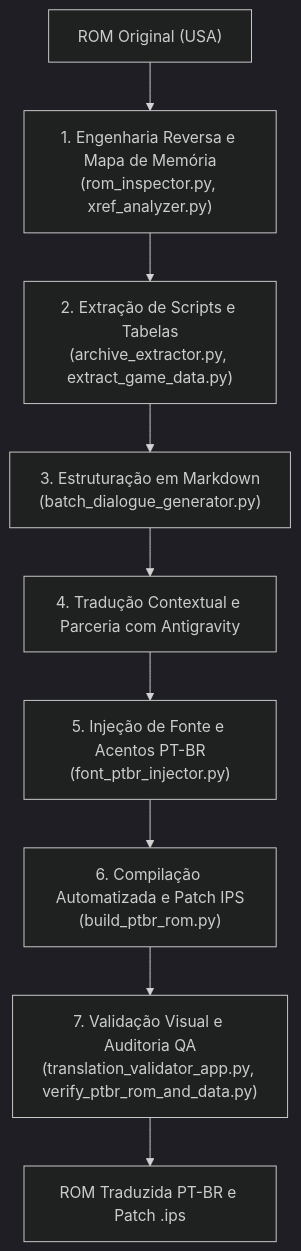
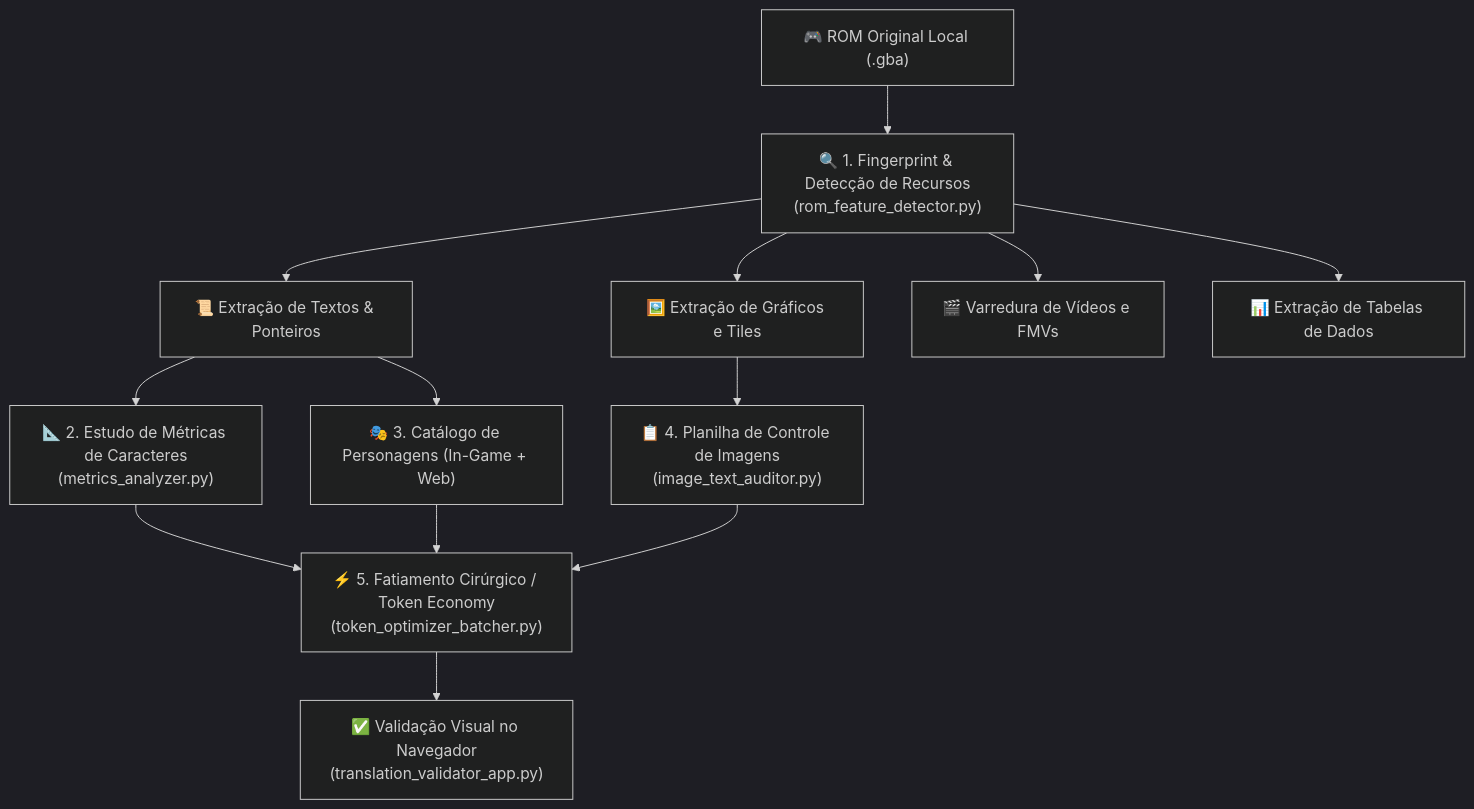
The diagram in README.md (ewertonhseixas/gba-roms-translator-ptbr), drawn with Mermaid (dark theme) before and after one commit. The commit also changed other lines of this file and 142 other files, not shown here.

````diff
--- a/README.md
+++ b/README.md
@@ -145,11 +68,15 @@
 ```mermaid
 flowchart TD
-    A["ROM Original (USA)"] --> B["1. Engenharia Reversa e Mapa de Memória<br>(rom_inspector.py, xref_analyzer.py)"]
-    B --> C["2. Extração de Scripts e Tabelas<br>(archive_extractor.py, extract_game_data.py)"]
-    C --> D["3. Estruturação em Markdown<br>(batch_dialogue_generator.py)"]
-    D --> E["4. Tradução Contextual e Parceria com Antigravity"]
-    E --> F["5. Injeção de Fonte e Acentos PT-BR<br>(font_ptbr_injector.py)"]
-    F --> G["6. Compilação Automatizada e Patch IPS<br>(build_ptbr_rom.py)"]
-    G --> H["7. Validação Visual e Auditoria QA<br>(translation_validator_app.py, verify_ptbr_rom_and_data.py)"]
-    H --> I["ROM Traduzida PT-BR e Patch .ips"]
+    ROM["🎮 ROM Original Local (.gba)"] --> DETECT["🔍 1. Fingerprint & Detecção de Recursos<br>(rom_feature_detector.py)"]
+    DETECT --> EXTRACT_TXT["📜 Extração de Textos & Ponteiros"]
+    DETECT --> EXTRACT_IMG["🖼️ Extração de Gráficos e Tiles"]
+    DETECT --> DETECT_VID["🎬 Varredura de Vídeos e FMVs"]
+    DETECT --> EXTRACT_DATA["📊 Extração de Tabelas de Dados"]
+    
+    EXTRACT_TXT --> METRICS["📐 2. Estudo de Métricas de Caracteres<br>(metrics_analyzer.py)"]
+    EXTRACT_TXT --> CHAR_CAT["🎭 3. Catálogo de Personagens (In-Game + Web)"]
+    EXTRACT_IMG --> IMG_CTRL["📋 4. Planilha de Controle de Imagens<br>(image_text_auditor.py)"]
+    
+    METRICS & CHAR_CAT & IMG_CTRL --> CHUNKING["⚡ 5. Fatiamento Cirúrgico / Token Economy<br>(token_optimizer_batcher.py)"]
+    CHUNKING --> VALIDATOR["✅ Validação Visual no Navegador<br>(translation_validator_app.py)"]
 ```
````
